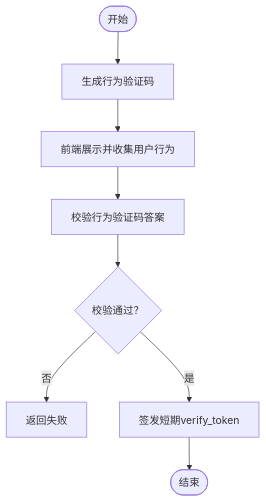
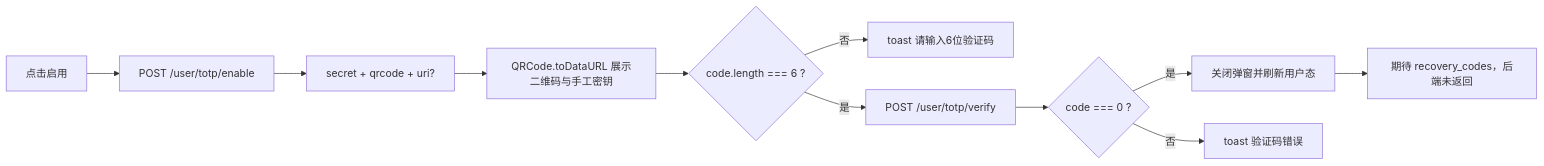
The fifth of 6 diagrams in docs/前端开发指南/表单验证与认证.md (x01n/dnsplane), drawn with Mermaid before and after one commit. The commit also changed other lines of this file and 326 other files, not shown here.

````diff
--- a/docs/前端开发指南/表单验证与认证.md
+++ b/docs/前端开发指南/表单验证与认证.md
@@ -321,10 +445,13 @@
 ```mermaid
-flowchart TD
-Start(["开始"]) --> Gen["生成行为验证码"]
-Gen --> Show["前端展示并收集用户行为"]
-Show --> Verify["校验行为验证码答案"]
-Verify --> Pass{"校验通过？"}
-Pass --> |否| Fail["返回失败"]
-Pass --> |是| Issue["签发短期verify_token"]
-Issue --> End(["结束"])
+flowchart LR
+A["点击启用"] --> B["POST /user/totp/enable"]
+B --> C["secret + qrcode + uri?"]
+C --> D["QRCode.toDataURL 展示二维码与手工密钥"]
+D --> F{"code.length === 6 ?"}
+F -->|否| G["toast 请输入6位验证码"]
+F -->|是| H["POST /user/totp/verify"]
+H --> I{"code === 0 ?"}
+I -->|是| J["关闭弹窗并刷新用户态"]
+I -->|否| K["toast 验证码错误"]
+J --> L["期待 recovery_codes，后端未返回"]
 ```
````
